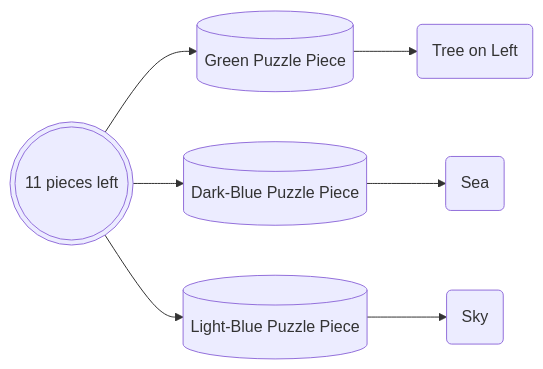
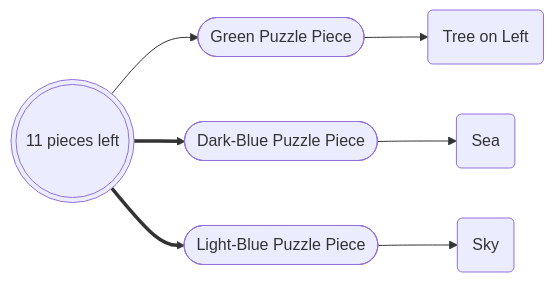
The second of 4 diagrams in README.md (198thread/lineup), drawn with Mermaid before and after one commit. The commit also changed other lines of this file, not shown here.

Commit message:
Update README.md
updated mermaid graphs to (hopefully) correct formatting

````diff
--- a/README.md
+++ b/README.md
@@ -21,9 +21,9 @@
 ```mermaid
 graph LR;
-    A(((11 pieces left))) --> B[(Green Puzzle Piece)]
+    A(((11 pieces left))) --> B([Green Puzzle Piece])
     B --> E(Tree on Left)
-    A --> C[(Dark-Blue Puzzle Piece)]
+    A ==> C([Dark-Blue Puzzle Piece])
     C --> D(Sea)
-    A --> F[(Light-Blue Puzzle Piece)]
+    A ==> F([Light-Blue Puzzle Piece])
     F --> G(Sky)
 ```
````
